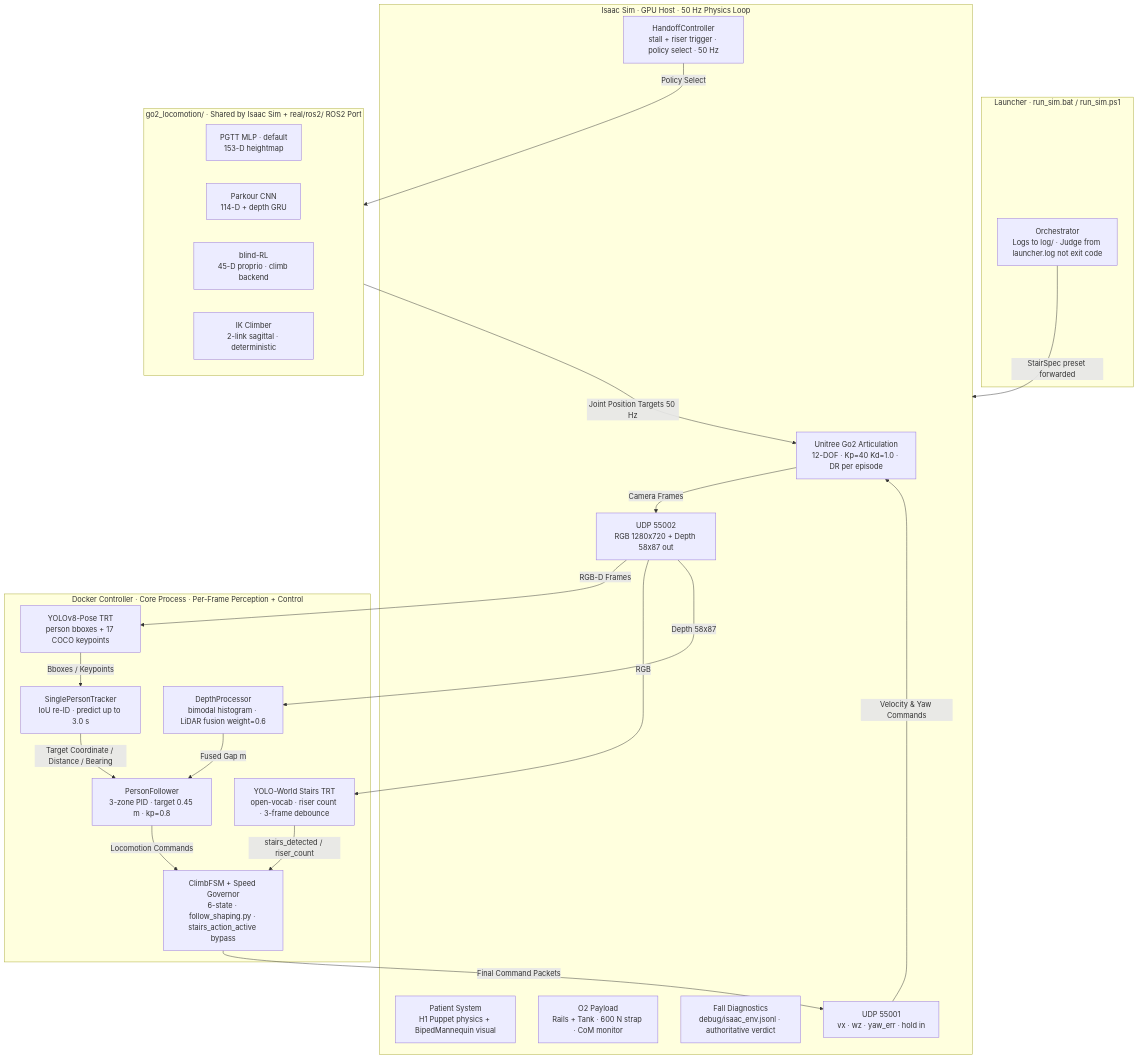
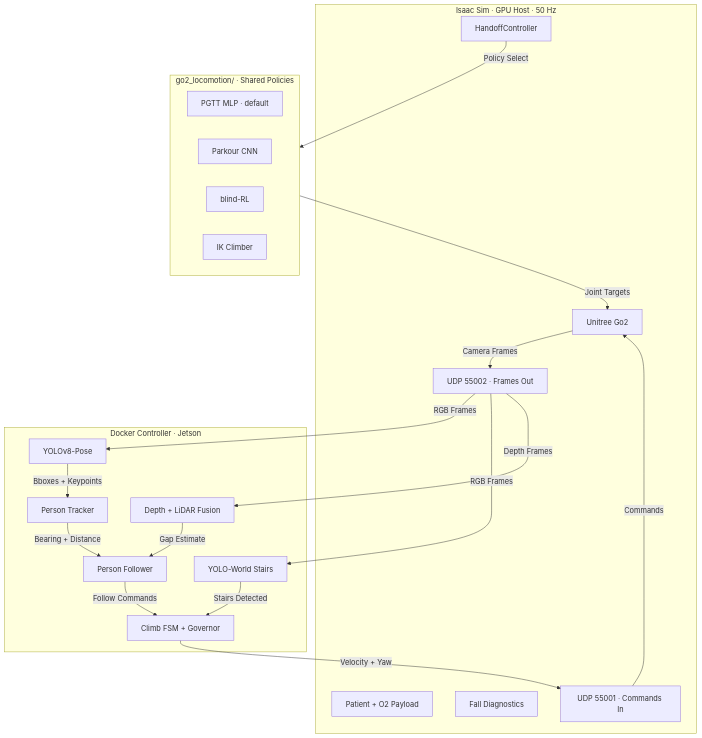
The first of 5 diagrams in readme.md (Anthony-Sin/Stair-Climbing-Robotic-Dog-for-Oxygen-Therapy-Patients), drawn with Mermaid before and after one commit. The commit also changed other lines of this file and 57 other files, not shown here.

````diff
--- a/readme.md
+++ b/readme.md
@@ -28,47 +24,41 @@
 ```mermaid
 graph TD
-    subgraph Launcher [Launcher · run_sim.bat / run_sim.ps1]
-        L[Orchestrator\nLogs to log/ · Judge from launcher.log not exit code]
+    subgraph Isaac [Isaac Sim · GPU Host · 50 Hz]
+        Go2[Unitree Go2]
+        Patient[Patient + O2 Payload]
+        Handoff[HandoffController]
+        FD[Fall Diagnostics]
+        UDPOut[UDP 55002 · Frames Out]
+        UDPIn[UDP 55001 · Commands In]
     end
 
-    subgraph Isaac [Isaac Sim · GPU Host · 50 Hz Physics Loop]
-        Go2[Unitree Go2 Articulation\n12-DOF · Kp=40 Kd=1.0 · DR per episode]
-        Patient[Patient System\nH1 Puppet physics + BipedMannequin visual]
-        O2[O2 Payload\nRails + Tank · 600 N strap · CoM monitor]
-        Handoff[HandoffController\nstall + riser trigger · policy select · 50 Hz]
-        FD[Fall Diagnostics\ndebug/isaac_env.jsonl · authoritative verdict]
-        UDPOut[UDP 55002\nRGB 1280x720 + Depth 58x87 out]
-        UDPIn[UDP 55001\nvx · wz · yaw_err · hold in]
+    subgraph Docker [Docker Controller · Jetson]
+        YOLO[YOLOv8-Pose]
+        YS[YOLO-World Stairs]
+        DP[Depth + LiDAR Fusion]
+        SPT[Person Tracker]
+        PF[Person Follower]
+        FSM[Climb FSM + Governor]
     end
 
-    subgraph Docker [Docker Controller · Core Process · Per-Frame Perception + Control]
-        YOLO[YOLOv8-Pose TRT\nperson bboxes + 17 COCO keypoints]
-        YS[YOLO-World Stairs TRT\nopen-vocab · riser count · 3-frame debounce]
-        DP[DepthProcessor\nbimodal histogram · LiDAR fusion weight=0.6]
-        SPT[SinglePersonTracker\nIoU re-ID · predict up to 3.0 s]
-        PF[PersonFollower\n3-zone PID · target 0.45 m · kp=0.8]
-        FSM[ClimbFSM + Speed Governor\n6-state · follow_shaping.py · stairs_action_active bypass]
+    subgraph Policies [go2_locomotion/ · Shared Policies]
+        PGTT[PGTT MLP · default]
+        Parkour[Parkour CNN]
+        BlindRL[blind-RL]
+        IKC[IK Climber]
     end
 
-    subgraph Policies [go2_locomotion/ · Shared by Isaac Sim + real/ros2/ ROS2 Port]
-        PGTT[PGTT MLP · default\n153-D heightmap]
-        Parkour[Parkour CNN\n114-D + depth GRU]
-        BlindRL[blind-RL\n45-D proprio · climb backend]
-        IKC[IK Climber\n2-link sagittal · deterministic]
-    end
-
-    L -->|StairSpec preset forwarded| Isaac
     Go2 -->|Camera Frames| UDPOut
-    UDPOut -->|RGB-D Frames| YOLO
-    UDPOut -->|RGB| YS
-    UDPOut -->|Depth 58x87| DP
-    YOLO -->|Bboxes / Keypoints| SPT
-    SPT -->|Target Coordinate / Distance / Bearing| PF
-    DP -->|Fused Gap m| PF
-    YS -->|stairs_detected / riser_count| FSM
-    PF -->|Locomotion Commands| FSM
-    FSM -->|Final Command Packets| UDPIn
-    UDPIn -->|Velocity & Yaw Commands| Go2
+    UDPOut -->|RGB Frames| YOLO
+    UDPOut -->|RGB Frames| YS
+    UDPOut -->|Depth Frames| DP
+    YOLO -->|Bboxes + Keypoints| SPT
+    SPT -->|Bearing + Distance| PF
+    DP -->|Gap Estimate| PF
+    YS -->|Stairs Detected| FSM
+    PF -->|Follow Commands| FSM
+    FSM -->|Velocity + Yaw| UDPIn
+    UDPIn -->|Commands| Go2
     Handoff -->|Policy Select| Policies
-    Policies -->|Joint Position Targets 50 Hz| Go2
+    Policies -->|Joint Targets| Go2
 ```
````
